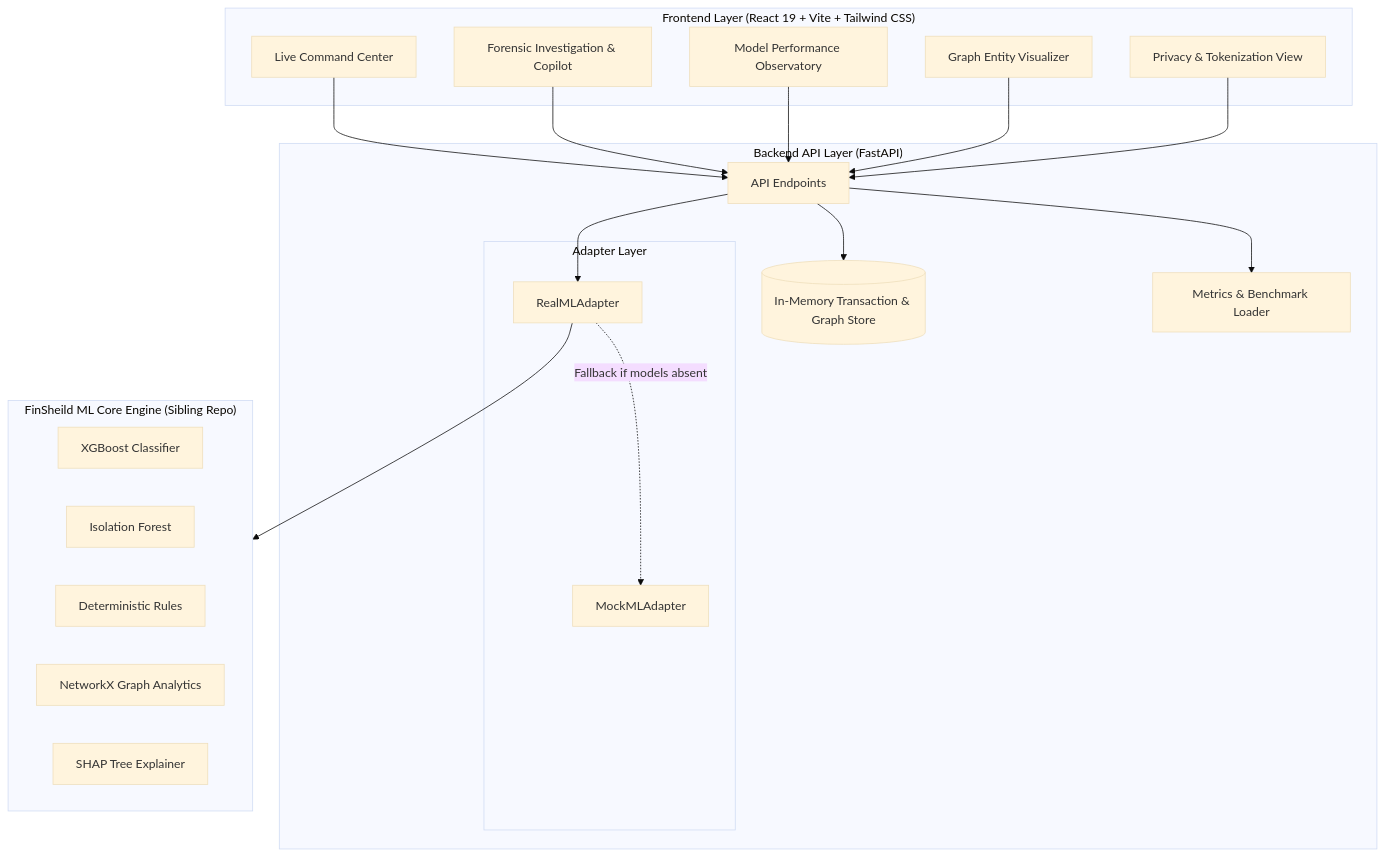
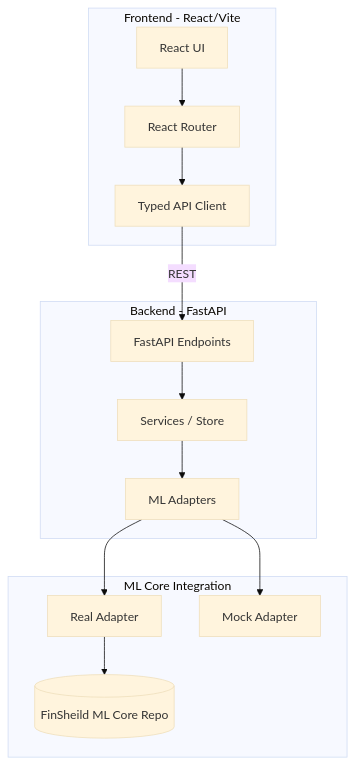
One commit to shaikhakramshakil/Finsheild-App changed the diagram in README.md. Above: the diagram before and after it, drawn with Mermaid (base theme). The commit also changed other lines of this file, not shown here.

Commit message:
docs: professional README with architecture diagrams, demo walkthrough, and API reference

````diff
--- a/README.md
+++ b/README.md
@@ -36,41 +28,28 @@
 ```mermaid
-graph TB
-    subgraph UI["Frontend Layer (React 19 + Vite + Tailwind CSS)"]
-        CC[Live Command Center]
-        IV[Forensic Investigation & Copilot]
-        PO[Model Performance Observatory]
-        GV[Graph Entity Visualizer]
-        PT[Privacy & Tokenization View]
+graph TD
+    subgraph Frontend [Frontend - React/Vite]
+        UI[React UI]
+        Router[React Router]
+        APIClient[Typed API Client]
+        UI --> Router
+        Router --> APIClient
     end
 
-    subgraph API["Backend API Layer (FastAPI)"]
-        Router[API Endpoints]
-        Store[(In-Memory Transaction & Graph Store)]
-        MetricsLoader[Metrics & Benchmark Loader]
-        
-        subgraph Adapters["Adapter Layer"]
-            RealAdapter[RealMLAdapter]
-            MockAdapter[MockMLAdapter]
-        end
+    subgraph Backend [Backend - FastAPI]
+        API[FastAPI Endpoints]
+        Services[Services / Store]
+        Adapters[ML Adapters]
+        APIClient -- REST --> API
+        API --> Services
+        Services --> Adapters
     end
 
-    subgraph Core["FinSheild ML Core Engine (Sibling Repo)"]
-        XGB[XGBoost Classifier]
-        IF[Isolation Forest]
-        Rules[Deterministic Rules]
-        GraphEng[NetworkX Graph Analytics]
-        SHAP[SHAP Tree Explainer]
+    subgraph Core [ML Core Integration]
+        Real[Real Adapter]
+        Mock[Mock Adapter]
+        MLCore[(FinSheild ML Core Repo)]
+        Adapters --> Real
+        Adapters --> Mock
+        Real --> MLCore
     end
-
-    CC --> Router
-    IV --> Router
-    PO --> Router
-    GV --> Router
-    PT --> Router
-
-    Router --> Store
-    Router --> MetricsLoader
-    Router --> RealAdapter
-    RealAdapter -.->|Fallback if models absent| MockAdapter
-    RealAdapter --> Core
 ```
````
